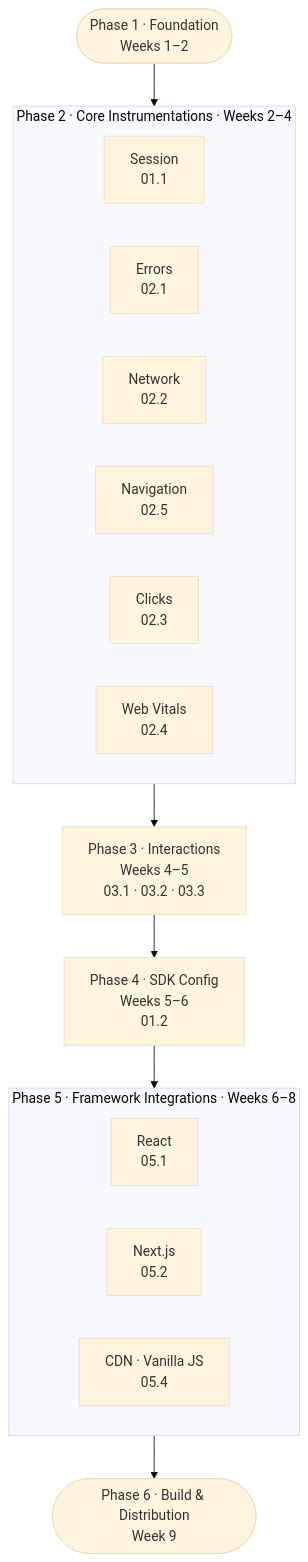
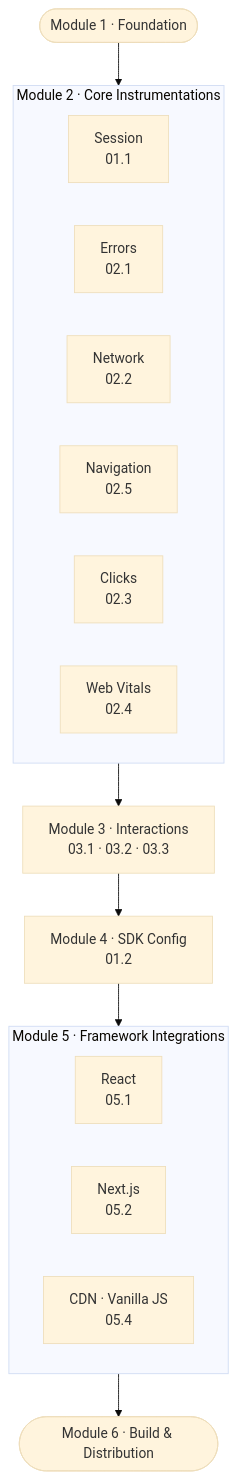
The diagram in web-sdk-plan/v1/PLAN.md (dream-horizon-org/pulse), drawn with Mermaid (base theme) before and after one commit. The commit also changed other lines of this file and 9 other files, not shown here.

````diff
--- a/web-sdk-plan/v1/PLAN.md
+++ b/web-sdk-plan/v1/PLAN.md
@@ -34,32 +33,32 @@
 ```mermaid
 flowchart TD
-    P1(["Phase 1 · Foundation\nWeeks 1–2"])
+    M1(["Module 1 · Foundation"])
 
-    subgraph P2["Phase 2 · Core Instrumentations  ·  Weeks 2–4"]
+    subgraph M2["Module 2 · Core Instrumentations"]
         direction LR
         SI["Session\n01.1"]
         ERR["Errors\n02.1"]
         NET["Network\n02.2"]
         NAV["Navigation\n02.5"]
         CLK["Clicks\n02.3"]
         WV["Web Vitals\n02.4"]
     end
 
-    P3["Phase 3 · Interactions\nWeeks 4–5\n03.1 · 03.2 · 03.3"]
-    P4["Phase 4 · SDK Config\nWeeks 5–6\n01.2"]
+    M3["Module 3 · Interactions\n03.1 · 03.2 · 03.3"]
+    M4["Module 4 · SDK Config\n01.2"]
 
-    subgraph P5["Phase 5 · Framework Integrations  ·  Weeks 6–8"]
+    subgraph M5["Module 5 · Framework Integrations"]
         direction LR
         REACT["React\n05.1"]
         NEXTJS["Next.js\n05.2"]
         CDN["CDN · Vanilla JS\n05.4"]
     end
 
-    P6(["Phase 6 · Build & Distribution\nWeek 9"])
+    M6(["Module 6 · Build & Distribution"])
 
-    P1 --> P2
-    P2 --> P3
-    P3 --> P4
-    P4 --> P5
-    P5 --> P6
+    M1 --> M2
+    M2 --> M3
+    M3 --> M4
+    M4 --> M5
+    M5 --> M6
 ```
````
